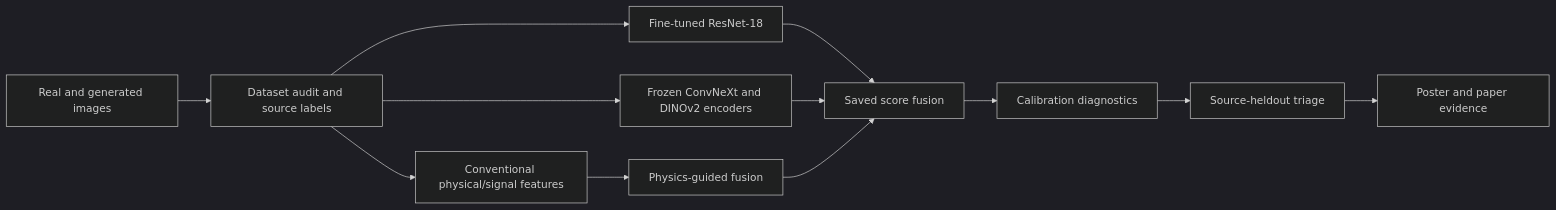
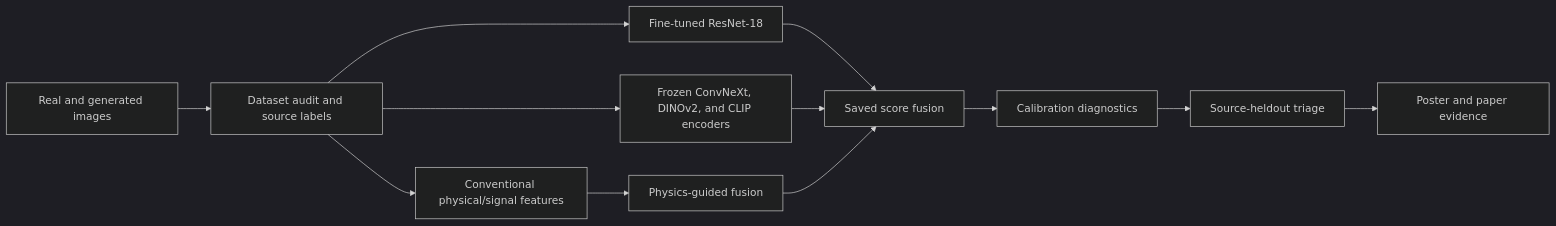
The diagram in reports/publication_assets_2026_06_12.md (DrStrangel0ve/ai-image-forensics-comparison), drawn with Mermaid (dark theme) before and after one commit. The commit also changed other lines of this file and 3 other files, not shown here.

Commit message:
Add CLIP frontier publication figure

````diff
--- a/reports/publication_assets_2026_06_12.md
+++ b/reports/publication_assets_2026_06_12.md
@@ -9,14 +9,14 @@
 ```mermaid
 flowchart LR
   A["Real and generated images"] --> B["Dataset audit and source labels"]
   B --> C["Conventional physical/signal features"]
   B --> D["Fine-tuned ResNet-18"]
-  B --> E["Frozen ConvNeXt and DINOv2 encoders"]
+  B --> E["Frozen ConvNeXt, DINOv2, and CLIP encoders"]
   C --> F["Physics-guided fusion"]
   D --> G["Saved score fusion"]
   E --> G
   F --> G
   G --> H["Calibration diagnostics"]
   H --> I["Source-heldout triage"]
   I --> J["Poster and paper evidence"]
 ```
````
